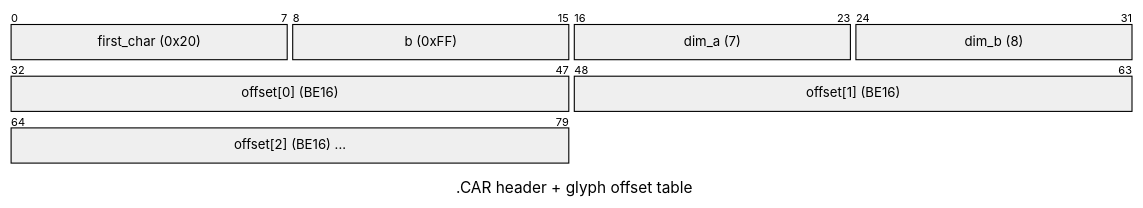
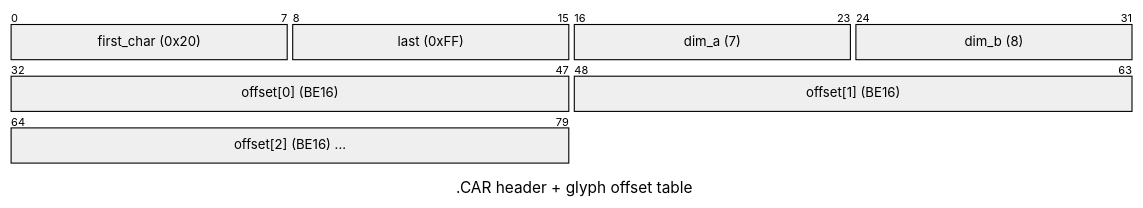
Before and after one commit to GeReV/bumpy-reverse: the diagram in docs/formats/CAR.md, drawn with Mermaid (neutral theme). The commit also changed other lines of this file and 18 other files, not shown here.

````diff
--- a/docs/formats/CAR.md
+++ b/docs/formats/CAR.md
@@ -7,11 +7,11 @@
 ```mermaid
 packet-beta
 title .CAR header + glyph offset table
 0-7: "first_char (0x20)"
-8-15: "b (0xFF)"
+8-15: "last (0xFF)"
 16-23: "dim_a (7)"
 24-31: "dim_b (8)"
 32-47: "offset[0] (BE16)"
 48-63: "offset[1] (BE16)"
 64-79: "offset[2] (BE16) ..."
 ```
````
